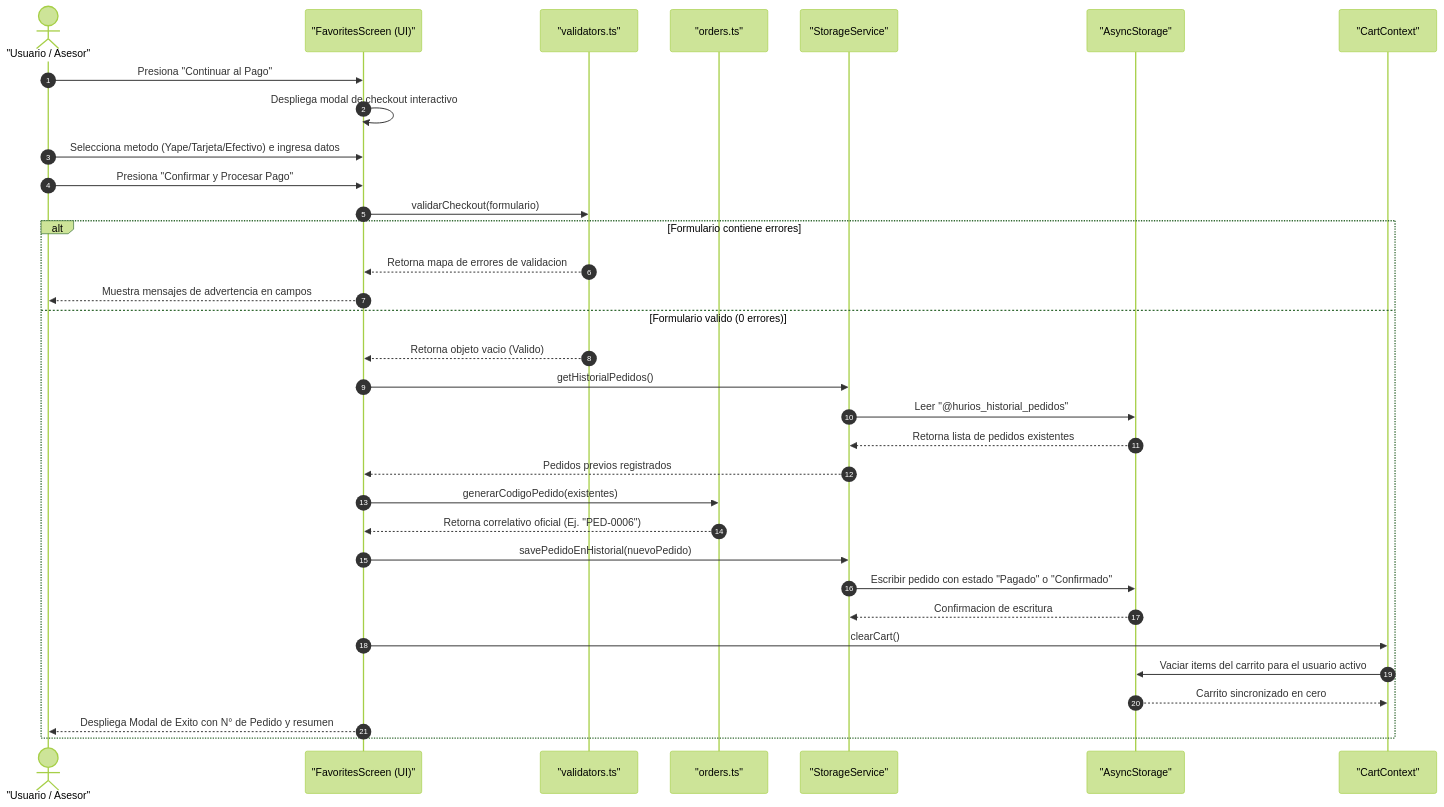
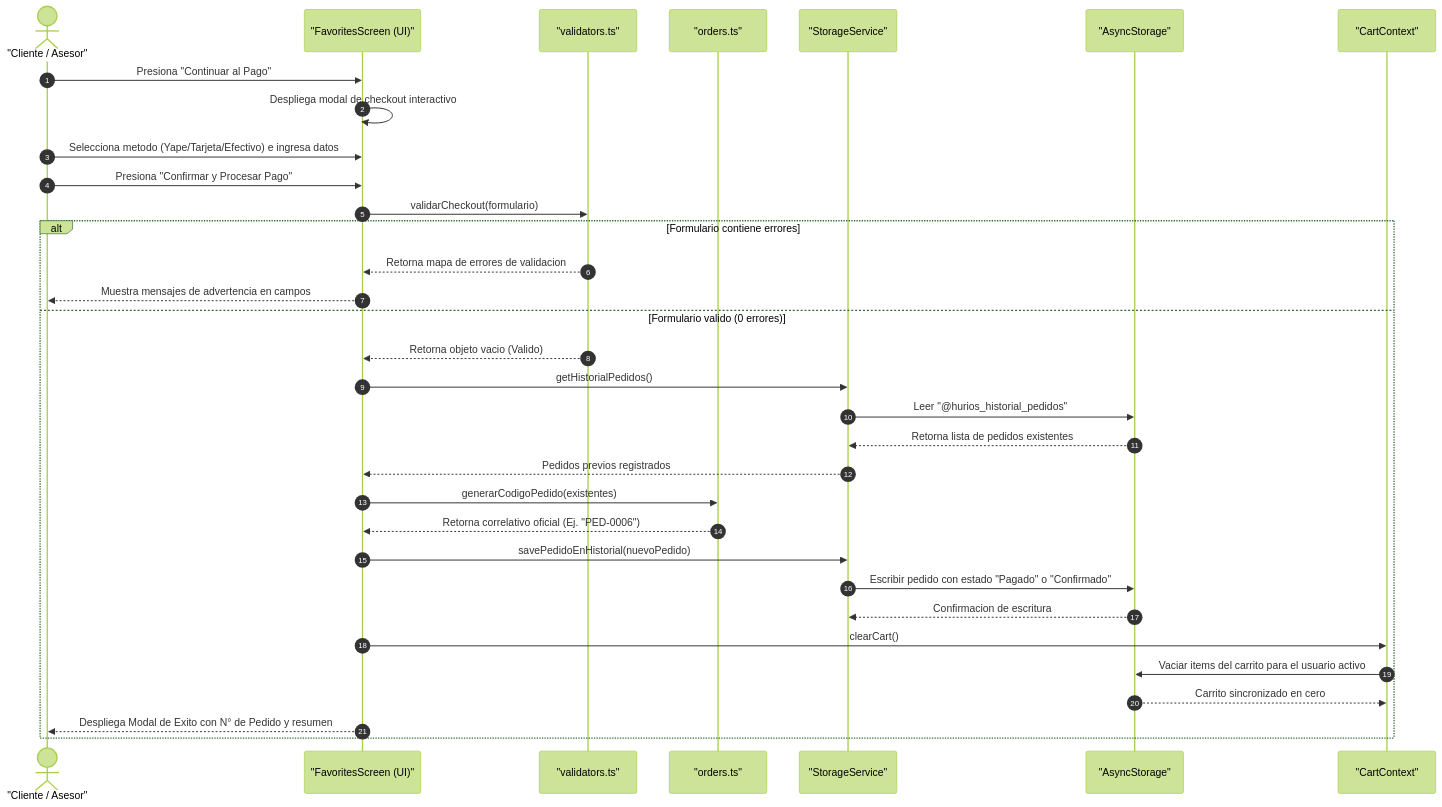
The third of 9 diagrams in docs/diagramas_ingenieria.md (EduMoralesCar/HuriosRally-App), drawn with Mermaid (forest theme) before and after one commit. The commit also changed other lines of this file, not shown here.

Commit message:
docs(uml): actualizar diagramas de arquitectura SDK 58, rol Administrador y servicio criptografico SHA-256

````diff
--- a/docs/diagramas_ingenieria.md
+++ b/docs/diagramas_ingenieria.md
@@ -146,41 +158,41 @@
 ```mermaid
 sequenceDiagram
   autonumber
-  actor Usuario as "Usuario / Asesor"
+  actor Usuario as "Cliente / Asesor"
   participant UI as "FavoritesScreen (UI)"
   participant Val as "validators.ts"
   participant Ord as "orders.ts"
   participant Storage as "StorageService"
   participant DB as "AsyncStorage"
   participant Cart as "CartContext"
 
   Usuario->>UI: Presiona "Continuar al Pago"
   UI->>UI: Despliega modal de checkout interactivo
   Usuario->>UI: Selecciona metodo (Yape/Tarjeta/Efectivo) e ingresa datos
   Usuario->>UI: Presiona "Confirmar y Procesar Pago"
 
   UI->>Val: validarCheckout(formulario)
   alt Formulario contiene errores
     Val-->>UI: Retorna mapa de errores de validacion
     UI-->>Usuario: Muestra mensajes de advertencia en campos
   else Formulario valido (0 errores)
     Val-->>UI: Retorna objeto vacio (Valido)
     UI->>Storage: getHistorialPedidos()
     Storage->>DB: Leer "@hurios_historial_pedidos"
     DB-->>Storage: Retorna lista de pedidos existentes
     Storage-->>UI: Pedidos previos registrados
 
     UI->>Ord: generarCodigoPedido(existentes)
     Ord-->>UI: Retorna correlativo oficial (Ej. "PED-0006")
 
     UI->>Storage: savePedidoEnHistorial(nuevoPedido)
     Storage->>DB: Escribir pedido con estado "Pagado" o "Confirmado"
     DB-->>Storage: Confirmacion de escritura
 
     UI->>Cart: clearCart()
     Cart->>DB: Vaciar items del carrito para el usuario activo
     DB-->>Cart: Carrito sincronizado en cero
 
     UI-->>Usuario: Despliega Modal de Exito con N° de Pedido y resumen
   end
 ```
````
